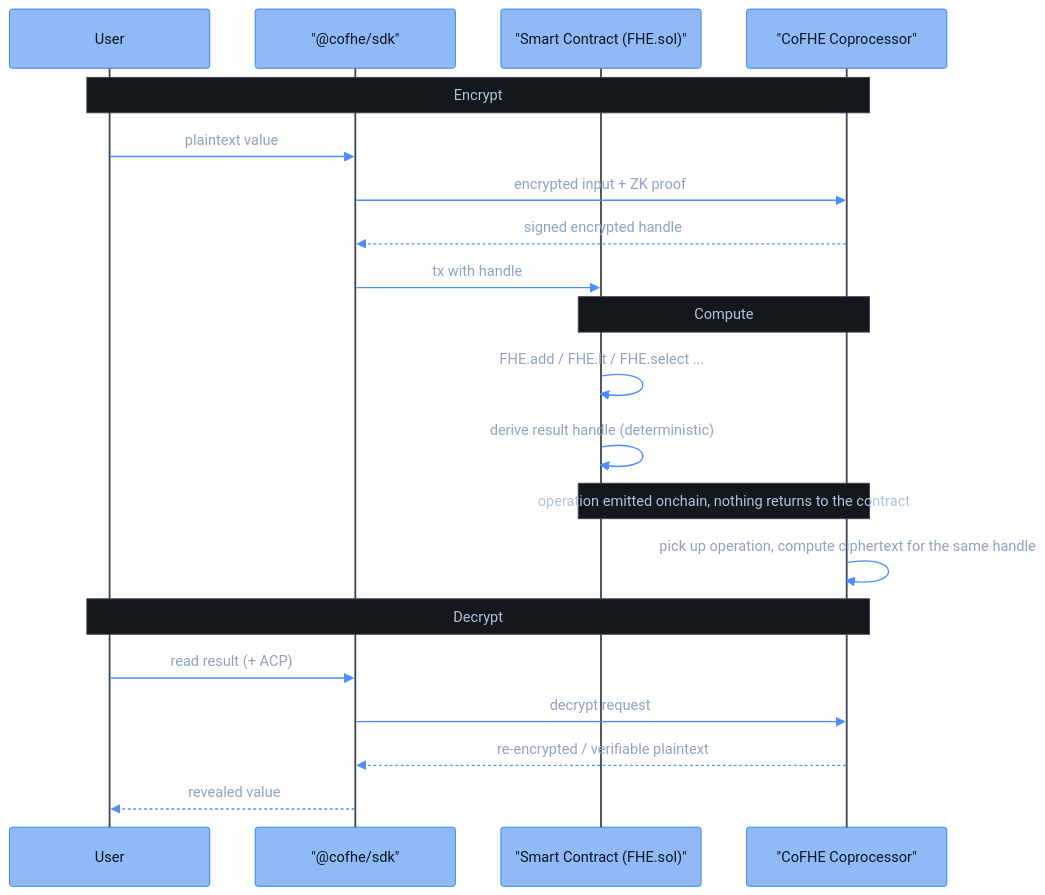
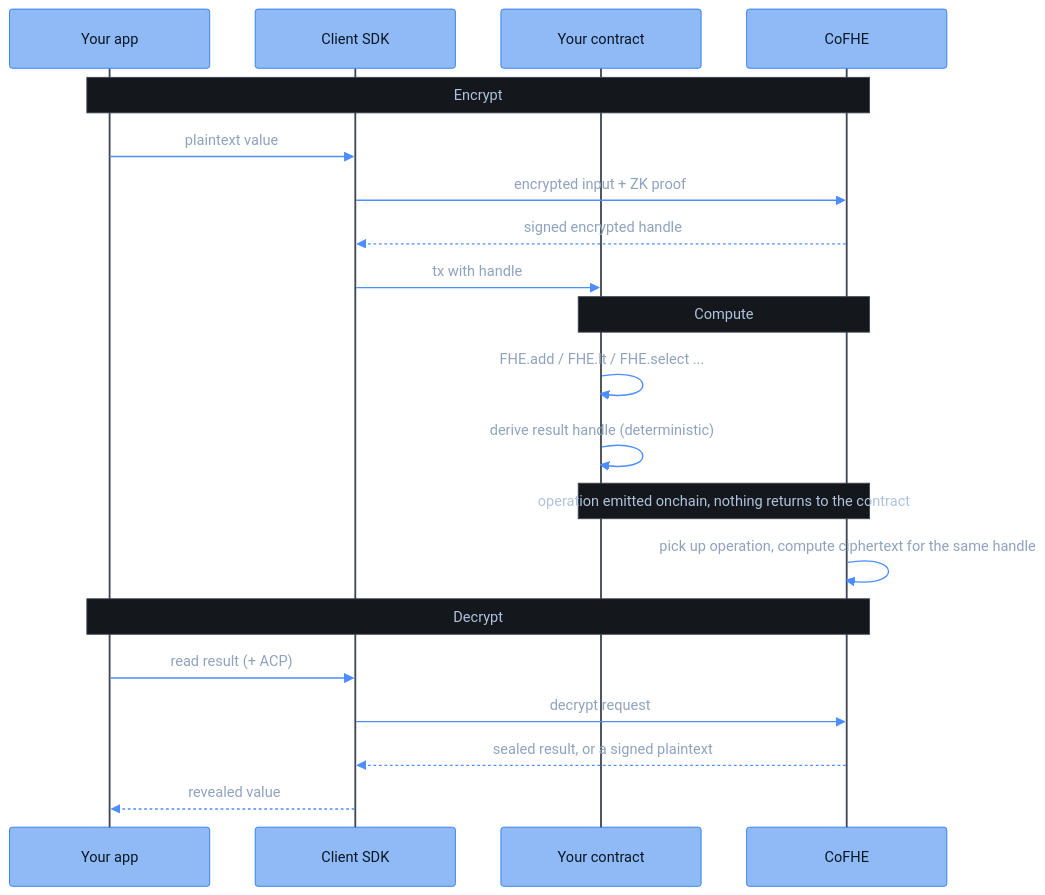
One commit to FhenixProtocol/fhenix-developer-docs changed the diagram in get-started/introduction/what-is-cofhe.mdx. Above: the diagram before and after it, drawn with Mermaid. The commit also changed other lines of this file and 11 other files, not shown here.

First line of the commit message:
[DOCS] diagrams: one component vocabulary across every diagram and its page (#89)

````diff
--- a/get-started/introduction/what-is-cofhe.mdx
+++ b/get-started/introduction/what-is-cofhe.mdx
@@ -50,26 +50,26 @@
 ```mermaid
 %%{init: {"theme": "base", "themeVariables": {"fontFamily": "Menlo, Monaco, Consolas, monospace", "fontSize": "16px", "primaryColor": "#8FBAF5", "primaryBorderColor": "#2E7CF6", "primaryTextColor": "#0A1626", "lineColor": "#4C8DFF", "signalColor": "#4C8DFF", "signalTextColor": "#8FA3BF", "actorBkg": "#8FBAF5", "actorBorder": "#2E7CF6", "actorTextColor": "#0A1626", "actorLineColor": "#3D4654", "noteBkgColor": "#14171C", "noteBorderColor": "#3D4654", "noteTextColor": "#AFC3DE", "activationBkgColor": "#1E3A5F", "activationBorderColor": "#4C8DFF", "clusterBkg": "#14171C", "clusterBorder": "#3D4654", "titleColor": "#E7EAEE", "edgeLabelBackground": "#8FBAF5", "textColor": "#AFC3DE", "labelTextColor": "#E7EAEE", "tertiaryColor": "#14171C", "loopTextColor": "#AFC3DE", "labelBoxBkgColor": "#1E3A5F", "labelBoxBorderColor": "#4C8DFF"}, "sequence": {"actorFontFamily": "Menlo, Monaco, Consolas, monospace", "messageFontFamily": "Menlo, Monaco, Consolas, monospace", "noteFontFamily": "Menlo, Monaco, Consolas, monospace", "width": 220, "actorFontSize": 16, "messageFontSize": 16, "noteFontSize": 15}}}%%
 sequenceDiagram
-    participant User
-    participant SDK as "@cofhe/sdk"
-    participant Contract as "Smart Contract (FHE.sol)"
-    participant CoFHE as "CoFHE Coprocessor"
+    participant App as Your app
+    participant SDK as Client SDK
+    participant C as Your contract
+    participant CoFHE as CoFHE
 
-    Note over User,CoFHE: Encrypt
-    User->>SDK: plaintext value
+    Note over App,CoFHE: Encrypt
+    App->>SDK: plaintext value
     SDK->>CoFHE: encrypted input + ZK proof
     CoFHE-->>SDK: signed encrypted handle
-    SDK->>Contract: tx with handle
+    SDK->>C: tx with handle
 
-    Note over Contract,CoFHE: Compute
-    Contract->>Contract: FHE.add / FHE.lt / FHE.select ...
-    Contract->>Contract: derive result handle (deterministic)
-    Note over Contract,CoFHE: operation emitted onchain, nothing returns to the contract
+    Note over C,CoFHE: Compute
+    C->>C: FHE.add / FHE.lt / FHE.select ...
+    C->>C: derive result handle (deterministic)
+    Note over C,CoFHE: operation emitted onchain, nothing returns to the contract
     CoFHE->>CoFHE: pick up operation, compute ciphertext for the same handle
 
-    Note over User,CoFHE: Decrypt
-    User->>SDK: read result (+ ACP)
+    Note over App,CoFHE: Decrypt
+    App->>SDK: read result (+ ACP)
     SDK->>CoFHE: decrypt request
-    CoFHE-->>SDK: re-encrypted / verifiable plaintext
-    SDK-->>User: revealed value
+    CoFHE-->>SDK: sealed result, or a signed plaintext
+    SDK-->>App: revealed value
 ```
````
